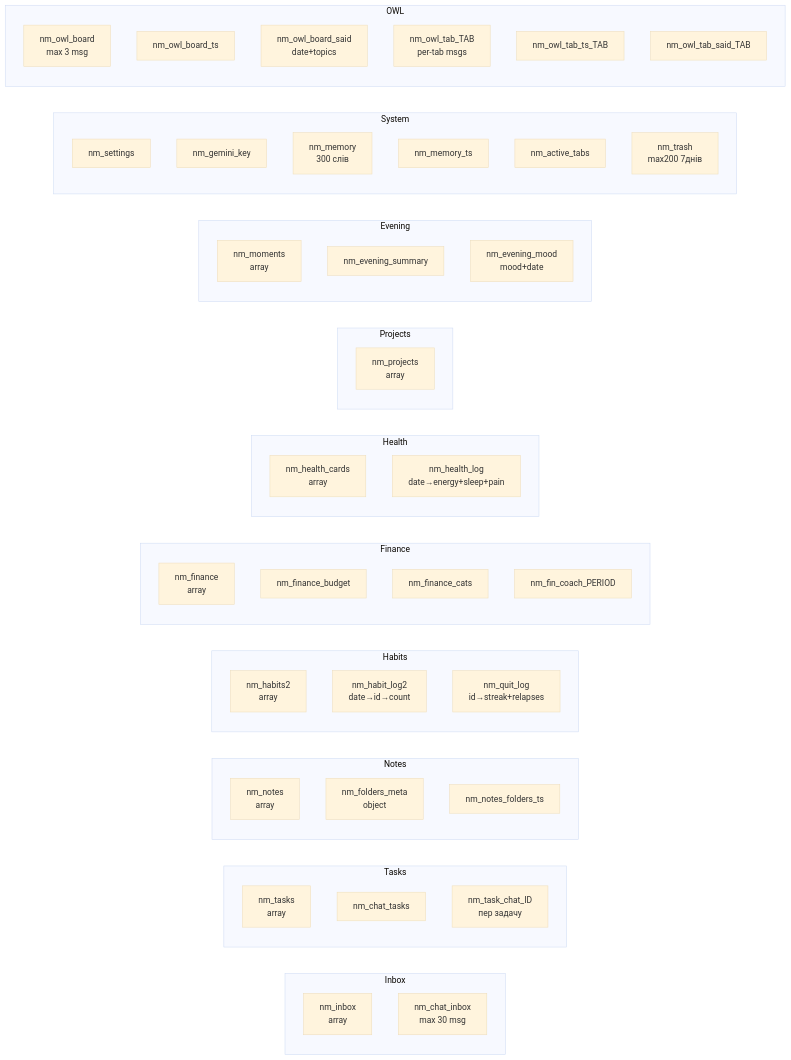
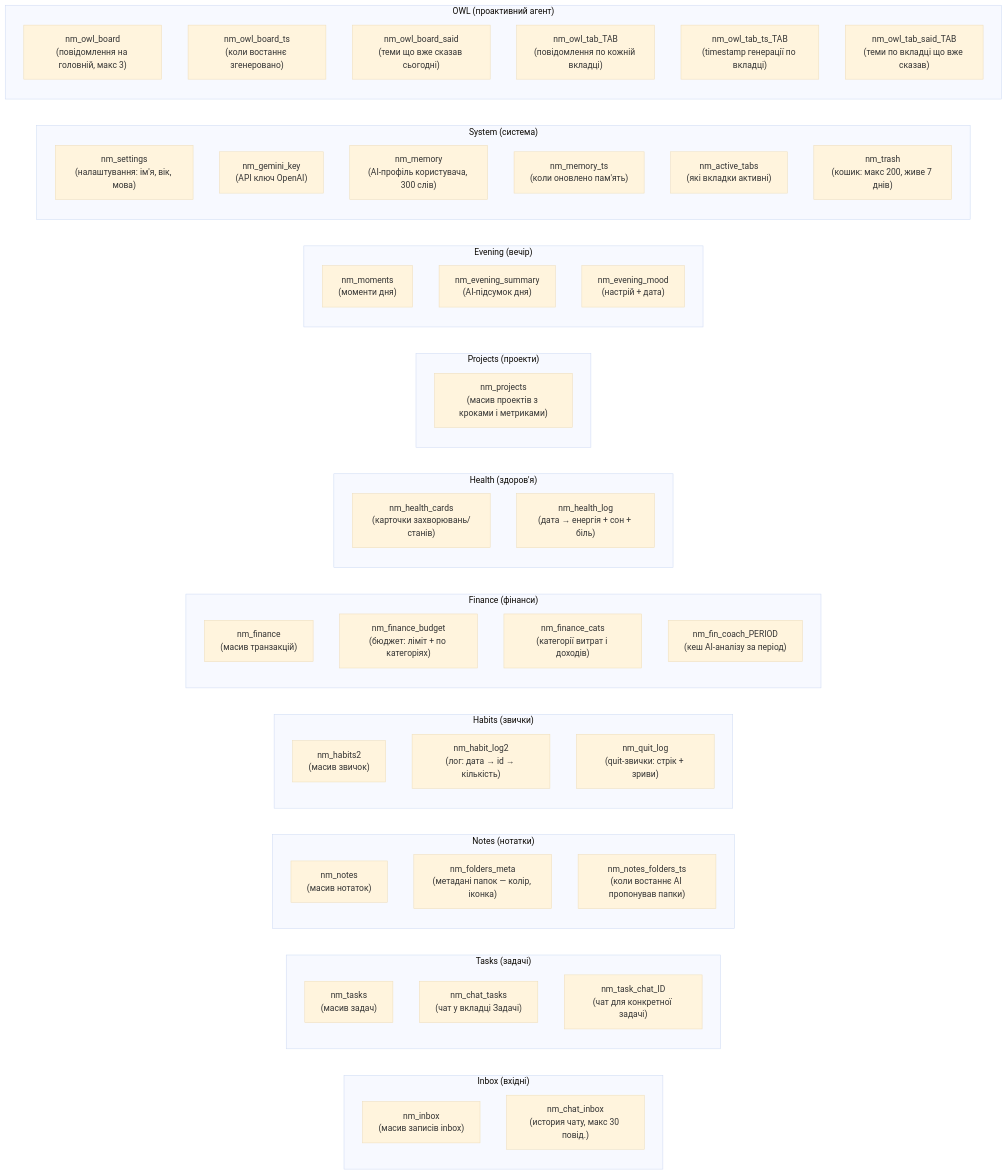
One commit to OWLs68/NeverMind changed the third of 6 diagrams in docs/ARCHITECTURE.md. Above: the diagram before and after it, drawn with Mermaid (base theme). The commit also changed other lines of this file, not shown here.

````diff
--- a/docs/ARCHITECTURE.md
+++ b/docs/ARCHITECTURE.md
@@ -95,65 +112,65 @@
 ```mermaid
 graph LR
-    subgraph Inbox
-        NI[nm_inbox\narray]
-        NCI[nm_chat_inbox\nmax 30 msg]
+    subgraph "Inbox (вхідні)"
+        NI["nm_inbox\n(масив записів inbox)"]
+        NCI["nm_chat_inbox\n(история чату, макс 30 повід.)"]
     end
 
-    subgraph Tasks
-        NT[nm_tasks\narray]
-        NCT[nm_chat_tasks]
-        NTC[nm_task_chat_ID\nпер задачу]
+    subgraph "Tasks (задачі)"
+        NT["nm_tasks\n(масив задач)"]
+        NCT["nm_chat_tasks\n(чат у вкладці Задачі)"]
+        NTC["nm_task_chat_ID\n(чат для конкретної задачі)"]
     end
 
-    subgraph Notes
-        NN[nm_notes\narray]
-        NF[nm_folders_meta\nobject]
-        NNT[nm_notes_folders_ts]
+    subgraph "Notes (нотатки)"
+        NN["nm_notes\n(масив нотаток)"]
+        NF["nm_folders_meta\n(метадані папок — колір, іконка)"]
+        NNT["nm_notes_folders_ts\n(коли востаннє AI пропонував папки)"]
     end
 
-    subgraph Habits
-        NH[nm_habits2\narray]
-        NHL[nm_habit_log2\ndate→id→count]
-        NQL[nm_quit_log\nid→streak+relapses]
+    subgraph "Habits (звички)"
+        NH["nm_habits2\n(масив звичок)"]
+        NHL["nm_habit_log2\n(лог: дата → id → кількість)"]
+        NQL["nm_quit_log\n(quit-звички: стрік + зриви)"]
     end
 
-    subgraph Finance
-        NFI[nm_finance\narray]
-        NFB[nm_finance_budget]
-        NFC[nm_finance_cats]
-        NFCO[nm_fin_coach_PERIOD]
+    subgraph "Finance (фінанси)"
+        NFI["nm_finance\n(масив транзакцій)"]
+        NFB["nm_finance_budget\n(бюджет: ліміт + по категоріях)"]
+        NFC["nm_finance_cats\n(категорії витрат і доходів)"]
+        NFCO["nm_fin_coach_PERIOD\n(кеш AI-аналізу за період)"]
     end
 
-    subgraph Health
-        NHC[nm_health_cards\narray]
-        NHL2[nm_health_log\ndate→energy+sleep+pain]
+    subgraph "Health (здоров'я)"
+        NHC["nm_health_cards\n(карточки захворювань/станів)"]
+        NHL2["nm_health_log\n(дата → енергія + сон + біль)"]
     end
 
-    subgraph Projects
-        NP[nm_projects\narray]
+    subgraph "Projects (проекти)"
+        NP["nm_projects\n(масив проектів з кроками і метриками)"]
     end
 
-    subgraph Evening
-        NM[nm_moments\narray]
-        NES[nm_evening_summary]
-        NEM[nm_evening_mood\nmood+date]
+    subgraph "Evening (вечір)"
+        NM["nm_moments\n(моменти дня)"]
+        NES["nm_evening_summary\n(AI-підсумок дня)"]
+        NEM["nm_evening_mood\n(настрій + дата)"]
     end
 
-    subgraph System
-        NS[nm_settings]
-        NGK[nm_gemini_key]
-        NME[nm_memory\n300 слів]
-        NMET[nm_memory_ts]
-        NAT[nm_active_tabs]
-        NTR[nm_trash\nmax200 7днів]
+    subgraph "System (система)"
+        NS["nm_settings\n(налаштування: ім'я, вік, мова)"]
+        NGK["nm_gemini_key\n(API ключ OpenAI)"]
+        NME["nm_memory\n(AI-профіль користувача, 300 слів)"]
+        NMET["nm_memory_ts\n(коли оновлено пам'ять)"]
+        NAT["nm_active_tabs\n(які вкладки активні)"]
+        NTR["nm_trash\n(кошик: макс 200, живе 7 днів)"]
     end
 
-    subgraph OWL
-        NOB[nm_owl_board\nmax 3 msg]
-        NOBT[nm_owl_board_ts]
-        NOBS[nm_owl_board_said\ndate+topics]
-        NOTB[nm_owl_tab_TAB\nper-tab msgs]
-        NOTBT[nm_owl_tab_ts_TAB]
-        NOTBS[nm_owl_tab_said_TAB]
+    subgraph "OWL (проактивний агент)"
+        NOB["nm_owl_board\n(повідомлення на головній, макс 3)"]
+        NOBT["nm_owl_board_ts\n(коли востаннє згенеровано)"]
+        NOBS["nm_owl_board_said\n(теми що вже сказав сьогодні)"]
+        NOTB["nm_owl_tab_TAB\n(повідомлення по кожній вкладці)"]
+        NOTBT["nm_owl_tab_ts_TAB\n(timestamp генерації по вкладці)"]
+        NOTBS["nm_owl_tab_said_TAB\n(теми по вкладці що вже сказав)"]
     end
 ```
````
